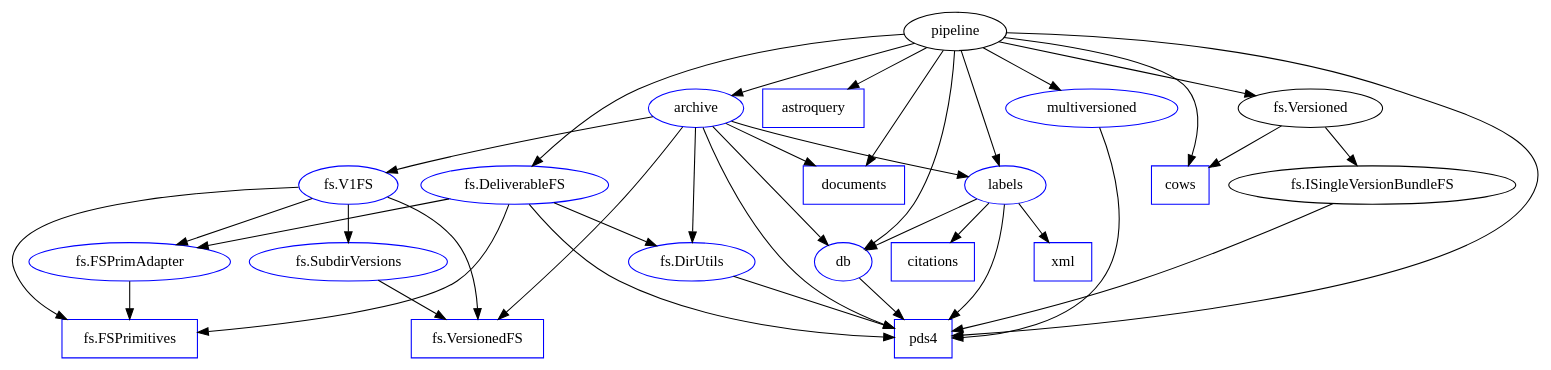
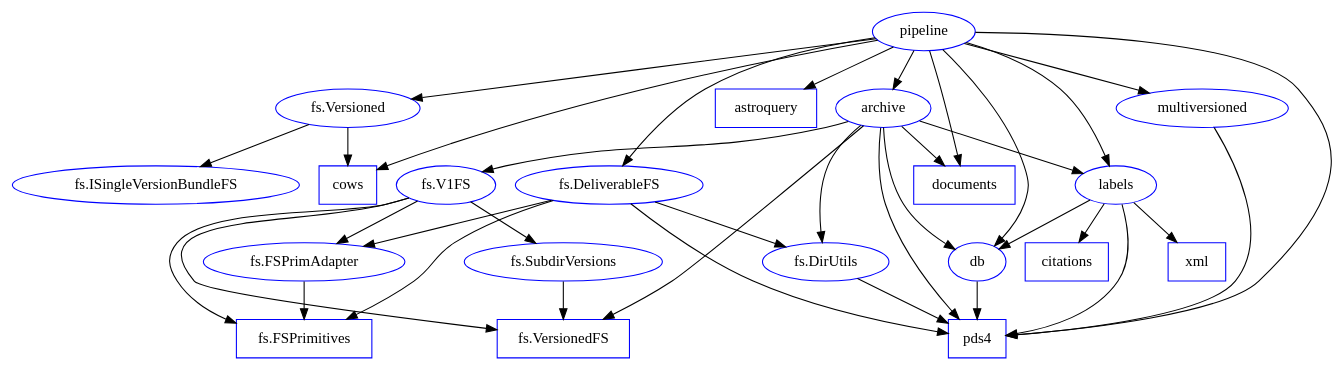
The diagram in modules.dot (SETI/rms-hst-pipeline), drawn with Graphviz before and after one commit. The commit also changed 23 other files, not shown here.

Commit message:
Added modules pdart/fs/versioned and pdart/pipeline.

```diff
--- a/modules.dot
+++ b/modules.dot
@@ -1,70 +1,72 @@
 /* Here's the tentative shape, based on the Python2.7 version of
  * PDART. It may not be right.
  *
  * I broke up the modules within fs to see what's used by whom.
  * Unfortunately, that package is a bit of a mess.
  *
  * Note that there is a SubdirVersions in both fs and multiversioned.
  *
  * Mark nodes blue when done.
  * 
  * Use this as a guide of what to convert next.
  */
 
 digraph {
     "fs.DeliverableFS"[color=blue];
     "fs.DirUtils"[color=blue];
     "fs.FSPrimAdapter"[color=blue];
     "fs.FSPrimitives"[shape=box;color=blue];
+    "fs.ISingleVersionBundleFS"[color=blue];
     "fs.SubdirVersions"[color=blue];
     "fs.V1FS"[color=blue];
+    "fs.Versioned"[color=blue];
     "fs.VersionedFS"[shape=box;color=blue];
     archive[color=blue];
     astroquery[shape=box;color=blue];
     citations[shape=box;color=blue];
     cows[shape=box;color=blue];
     db[color=blue];
     documents[shape=box;color=blue];
     labels[color=blue];
     multiversioned[color=blue];
     pds4[shape=box;color=blue];
+    pipeline[color=blue];
     xml[shape=box;color=blue];
 
     "fs.DeliverableFS" -> "fs.DirUtils";
     "fs.DeliverableFS" -> "fs.FSPrimAdapter";
     "fs.DeliverableFS" -> "fs.FSPrimitives";
     "fs.DeliverableFS" -> pds4;
     "fs.DirUtils" -> pds4;
     "fs.FSPrimAdapter" -> "fs.FSPrimitives";
-    "fs.ISingleVersionBundleFS" -> pds4;
     "fs.SubdirVersions" -> "fs.VersionedFS";
     "fs.V1FS" -> "fs.FSPrimAdapter";
     "fs.V1FS" -> "fs.FSPrimitives";
     "fs.V1FS" -> "fs.SubdirVersions";
     "fs.V1FS" -> "fs.VersionedFS";
     "fs.Versioned" -> "fs.ISingleVersionBundleFS";
     "fs.Versioned" -> cows;
     archive -> "fs.DirUtils";
     archive -> "fs.V1FS";
     archive -> "fs.VersionedFS";
     archive -> db;
     archive -> documents;
     archive -> labels;
     archive -> pds4;
     db -> pds4;
     labels -> citations;
     labels -> db;
     labels -> pds4;
     labels -> xml;
     multiversioned -> pds4;
     pipeline -> "fs.DeliverableFS";
     pipeline -> "fs.Versioned";
     pipeline -> archive;
     pipeline -> astroquery
     pipeline -> cows;
     pipeline -> db;
     pipeline -> documents;
     pipeline -> labels;
     pipeline -> multiversioned;
     pipeline -> pds4;
 }
```
